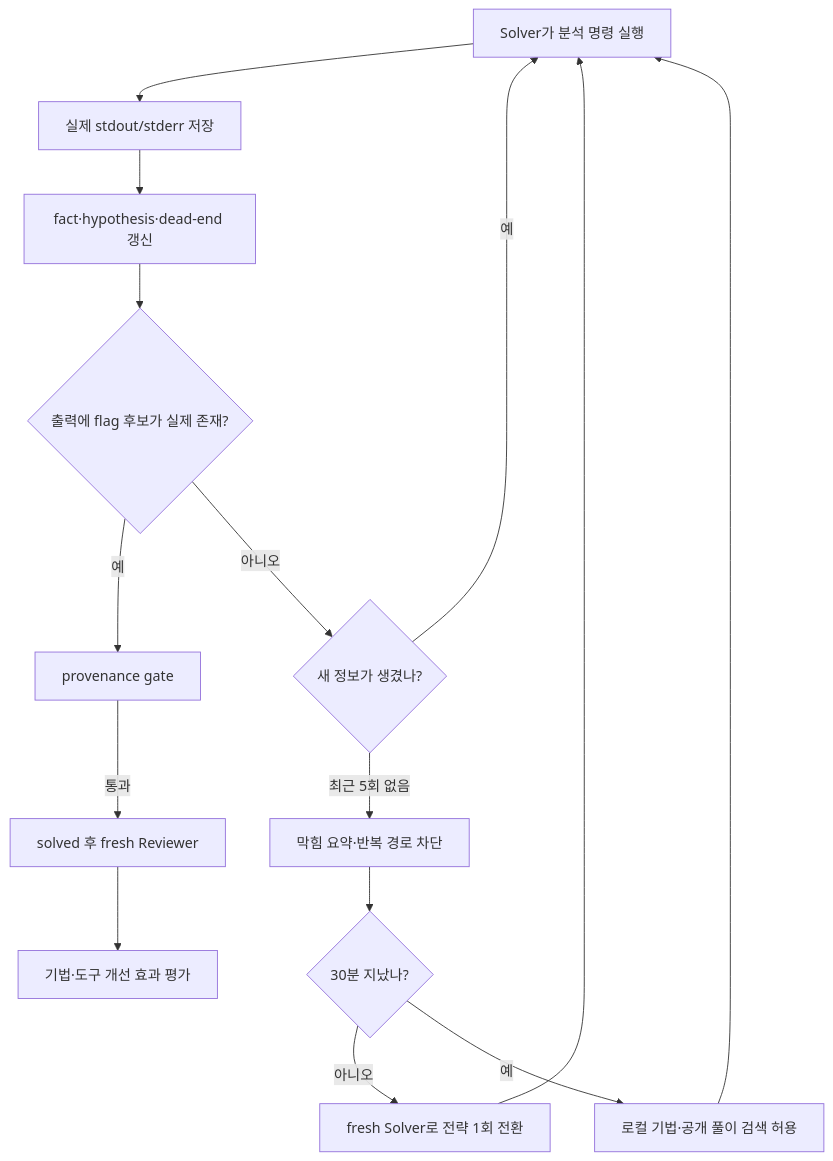
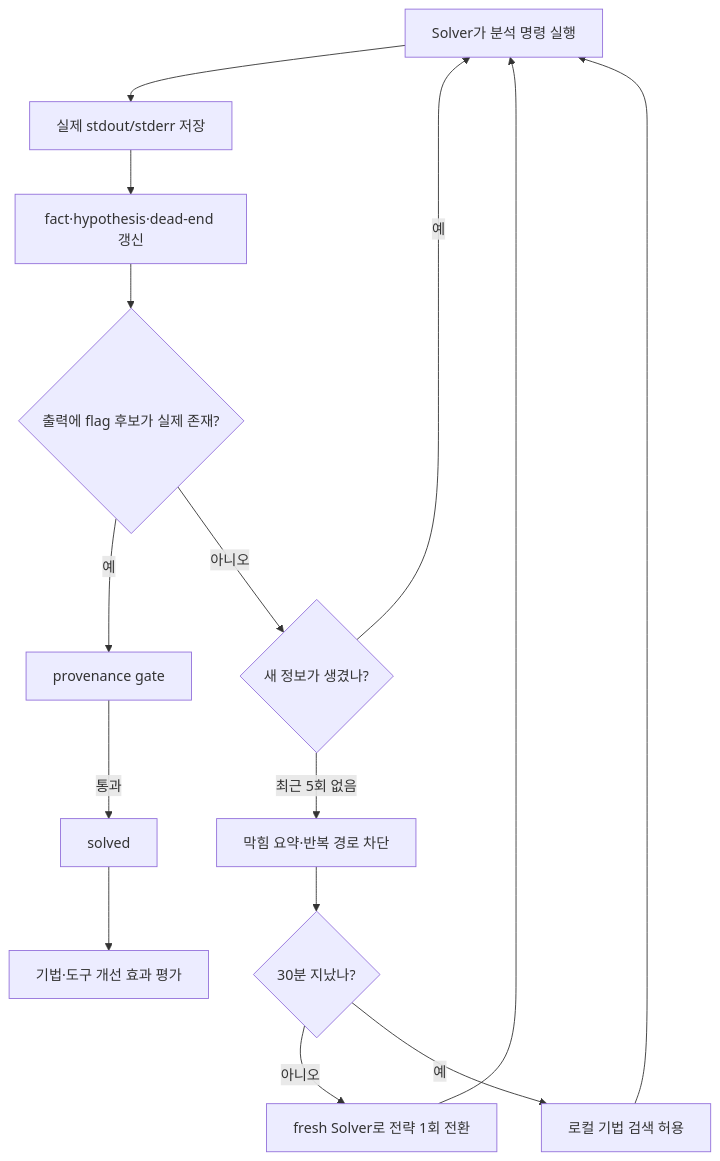
One commit to yt010108/Reverser changed the diagram in doc/HARNESS_REVIEW.md. Above: the diagram before and after it, drawn with Mermaid. The commit also changed other lines of this file and 17 other files, not shown here.

````diff
--- a/doc/HARNESS_REVIEW.md
+++ b/doc/HARNESS_REVIEW.md
@@ -348,17 +347,17 @@
 ```mermaid
 flowchart TD
     A[Solver가 분석 명령 실행] --> B[실제 stdout/stderr 저장]
     B --> C[fact·hypothesis·dead-end 갱신]
     C --> D{출력에 flag 후보가 실제 존재?}
     D -- 예 --> E[provenance gate]
-    E -- 통과 --> F[solved 후 fresh Reviewer]
+    E -- 통과 --> F[solved]
     D -- 아니오 --> G{새 정보가 생겼나?}
     G -- 예 --> A
     G -- 최근 5회 없음 --> H[막힘 요약·반복 경로 차단]
     H --> I{30분 지났나?}
     I -- 아니오 --> J[fresh Solver로 전략 1회 전환]
-    I -- 예 --> K[로컬 기법·공개 풀이 검색 허용]
+    I -- 예 --> K[로컬 기법 검색 허용]
     J --> A
     K --> A
     F --> L[기법·도구 개선 효과 평가]
 ```
````
